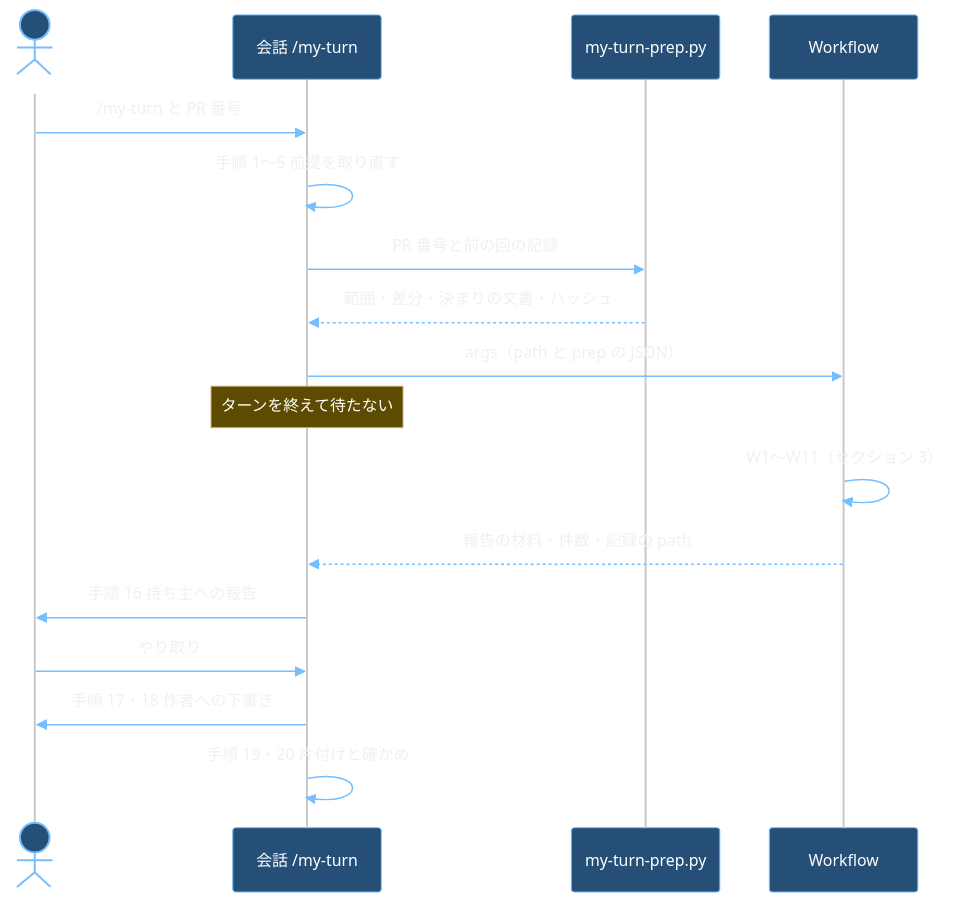
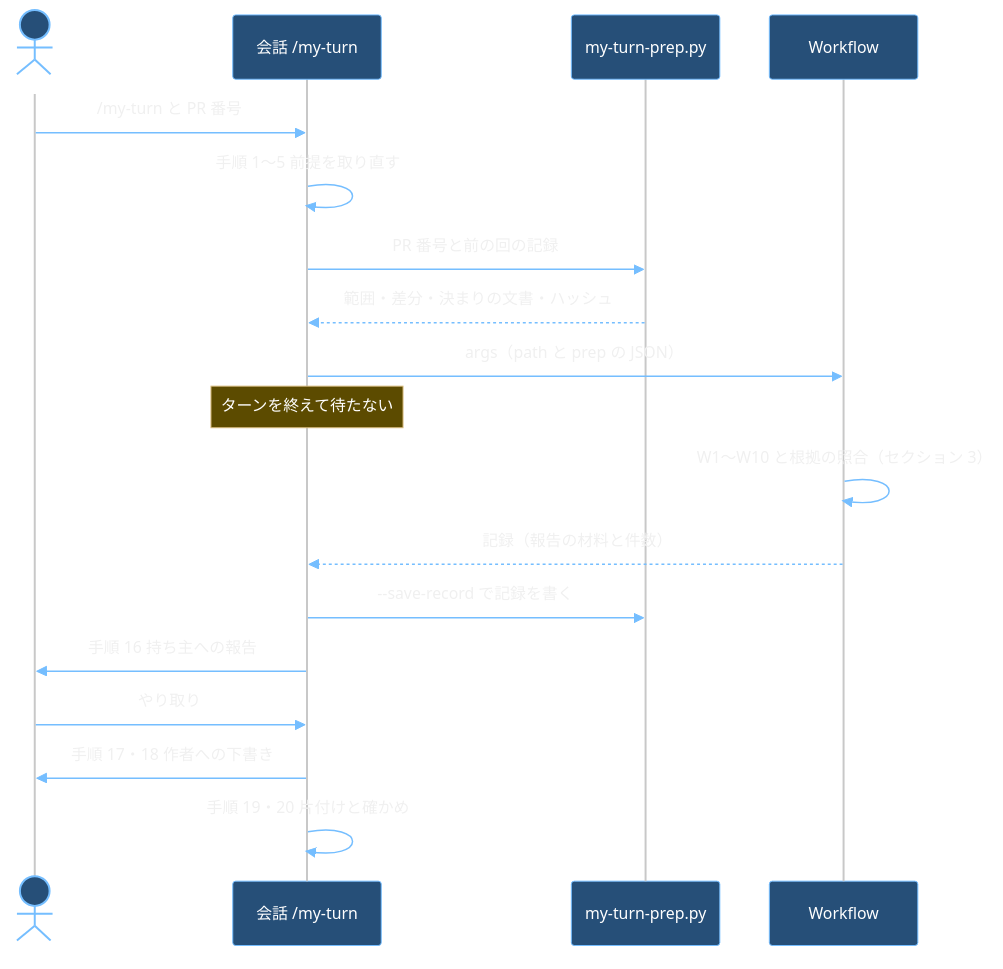
Before and after one commit to raiki61/claude-plugins: the first of 6 diagrams in attention/docs/my-turn-workflow-design.md, drawn with Mermaid. The commit also changed other lines of this file and 11 other files, not shown here.

````diff
--- a/attention/docs/my-turn-workflow-design.md
+++ b/attention/docs/my-turn-workflow-design.md
@@ -160,20 +159,21 @@
 ```mermaid
 %%{init: {"theme":"base","themeVariables":{"darkMode":true,"background":"#1e1e1e","fontSize":"15px","primaryColor":"#264f78","primaryTextColor":"#ffffff","primaryBorderColor":"#75beff","secondaryColor":"#3a3d41","tertiaryColor":"#2d2d30","lineColor":"#75beff","textColor":"#f0f0f0","titleColor":"#ffffff","clusterBkg":"#252526","clusterBorder":"#c8c8c8","edgeLabelBackground":"#3c3c3c","nodeTextColor":"#ffffff","actorBkg":"#264f78","actorBorder":"#75beff","actorTextColor":"#ffffff","actorLineColor":"#c8c8c8","signalColor":"#75beff","signalTextColor":"#f0f0f0","noteBkgColor":"#5c4b00","noteTextColor":"#ffffff","noteBorderColor":"#d7ba7d","labelBoxBkgColor":"#264f78","labelTextColor":"#ffffff","loopTextColor":"#f0f0f0","sequenceNumberColor":"#ffffff"}}}%%
 sequenceDiagram
   actor O as 持ち主
   participant C as 会話 /my-turn
   participant P as my-turn-prep.py
   participant W as Workflow
   O->>C: /my-turn と PR 番号
   C->>C: 手順 1〜5 前提を取り直す
   C->>P: PR 番号と前の回の記録
   P-->>C: 範囲・差分・決まりの文書・ハッシュ
   C->>W: args（path と prep の JSON）
   Note over C: ターンを終えて待たない
-  W->>W: W1〜W11（セクション 3）
-  W-->>C: 報告の材料・件数・記録の path
+  W->>W: W1〜W10 と根拠の照合（セクション 3）
+  W-->>C: 記録（報告の材料と件数）
+  C->>P: --save-record で記録を書く
   C->>O: 手順 16 持ち主への報告
   O->>C: やり取り
   C->>O: 手順 17・18 作者への下書き
   C->>C: 手順 19・20 片付けと確かめ
 ```
````
